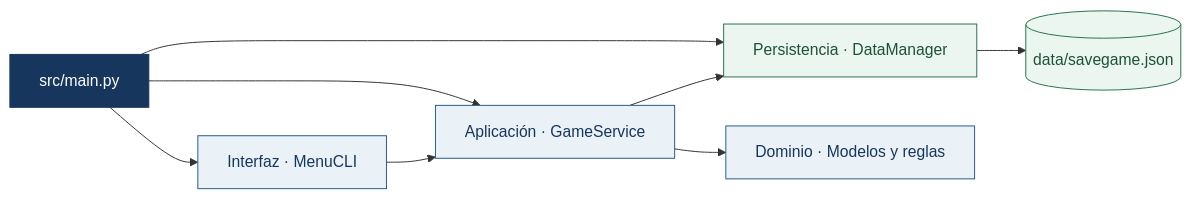
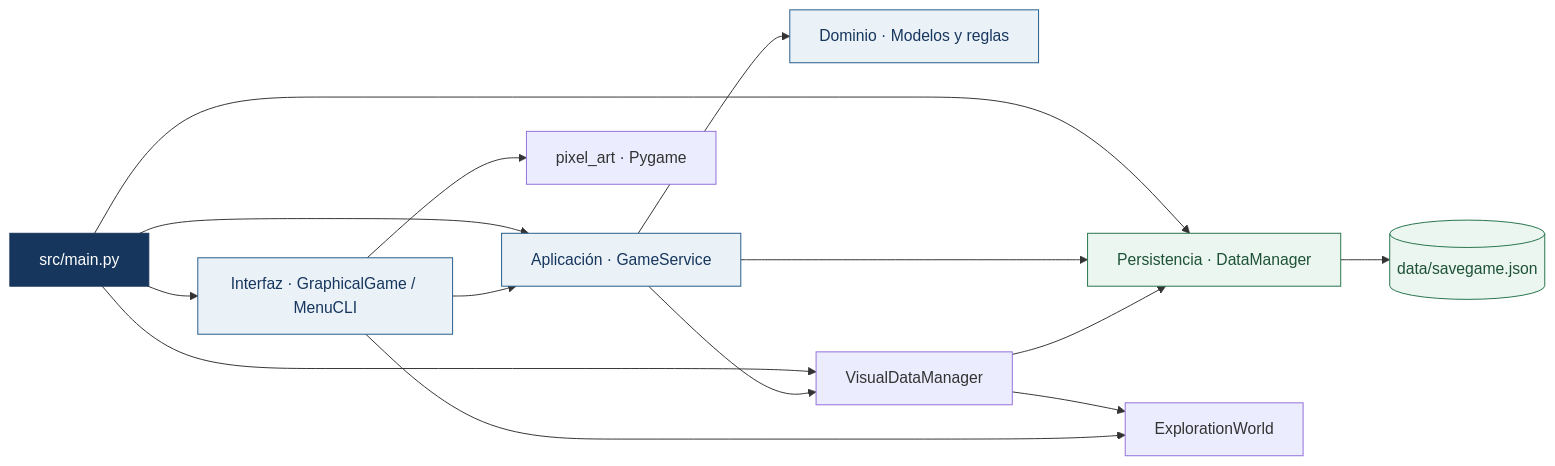
One commit to PGonxalo23/Grupo-1-PixelQuest changed the first of 4 diagrams in architecture.md. Above: the diagram before and after it, drawn with Mermaid. The commit also changed other lines of this file and 17 other files, not shown here.

````diff
--- a/architecture.md
+++ b/architecture.md
@@ -7,17 +7,23 @@
 ```mermaid
 flowchart LR
-    MAIN["src/main.py"] --> UI["Interfaz · MenuCLI"]
+    MAIN["src/main.py"] --> UI["Interfaz · GraphicalGame / MenuCLI"]
     MAIN --> APP["Aplicación · GameService"]
     MAIN --> DATA["Persistencia · DataManager"]
     UI --> APP
     APP --> DOMAIN["Dominio · Modelos y reglas"]
     APP --> DATA
+    MAIN --> VIEWDATA["VisualDataManager"]
+    APP --> VIEWDATA
+    VIEWDATA --> DATA
+    VIEWDATA --> WORLD["ExplorationWorld"]
+    UI --> WORLD
+    UI --> ART["pixel_art · Pygame"]
     DATA --> JSON[("data/savegame.json")]
 
     classDef entry fill:#17365d,color:#fff,stroke:#17365d
     classDef layer fill:#eaf2f8,color:#17365d,stroke:#245b8a
     classDef storage fill:#eaf6ef,color:#1e5138,stroke:#26734d
     class MAIN entry
     class UI,APP,DOMAIN layer
     class DATA,JSON storage
 ```
````
